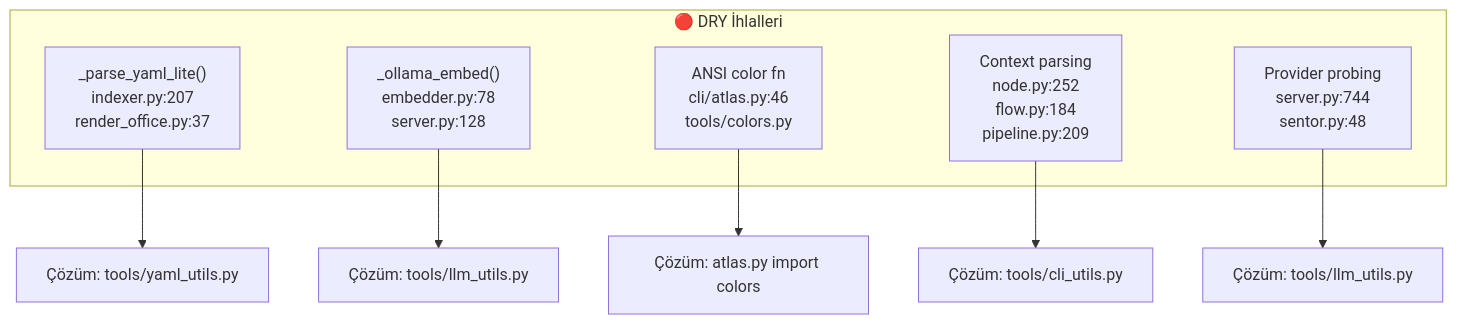
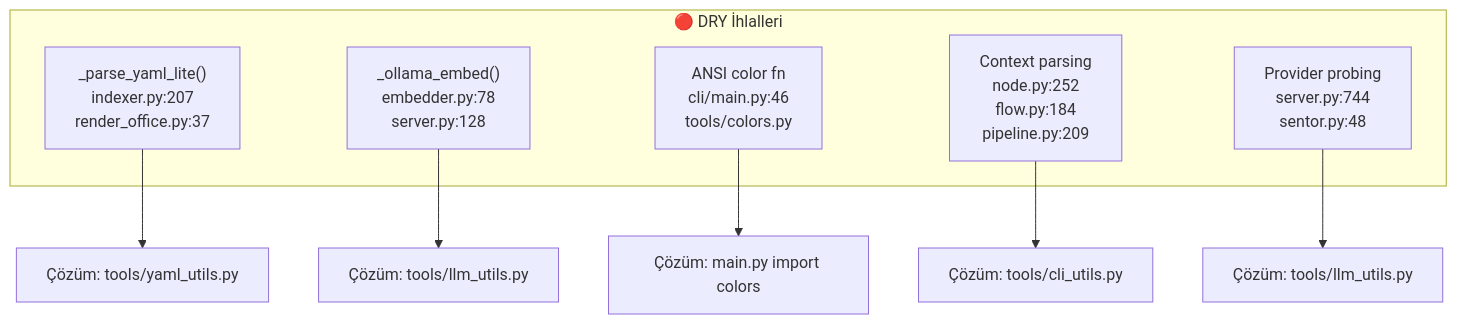
Before and after one commit to Ozgurooozer/Sentor: the fourth of 5 diagrams in docs/opencode-codereview-1.md, drawn with Mermaid. The commit also changed other lines of this file and 386 other files, not shown here.

````diff
--- a/docs/opencode-codereview-1.md
+++ b/docs/opencode-codereview-1.md
@@ -246,16 +246,16 @@
 ```mermaid
 flowchart TD
     subgraph DRY["🔴 DRY İhlalleri"]
         D1["_parse_yaml_lite()<br/>indexer.py:207<br/>render_office.py:37"]
         D2["_ollama_embed()<br/>embedder.py:78<br/>server.py:128"]
-        D3["ANSI color fn<br/>cli/atlas.py:46<br/>tools/colors.py"]
+        D3["ANSI color fn<br/>cli/main.py:46<br/>tools/colors.py"]
         D4["Context parsing<br/>node.py:252<br/>flow.py:184<br/>pipeline.py:209"]
         D5["Provider probing<br/>server.py:744<br/>sentor.py:48"]
     end
 
     D1 --> FIX1["Çözüm: tools/yaml_utils.py"]
     D2 --> FIX2["Çözüm: tools/llm_utils.py"]
-    D3 --> FIX3["Çözüm: atlas.py import colors"]
+    D3 --> FIX3["Çözüm: main.py import colors"]
     D4 --> FIX4["Çözüm: tools/cli_utils.py"]
     D5 --> FIX5["Çözüm: tools/llm_utils.py"]
 ```
````
